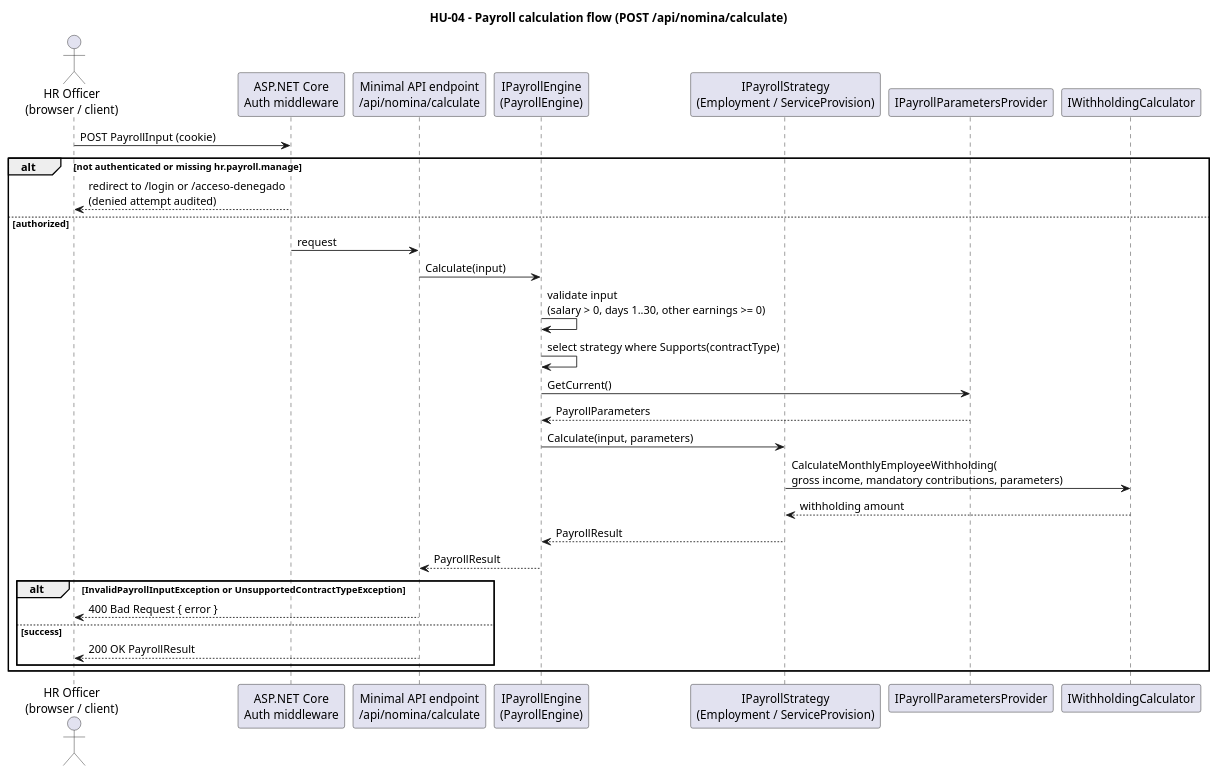
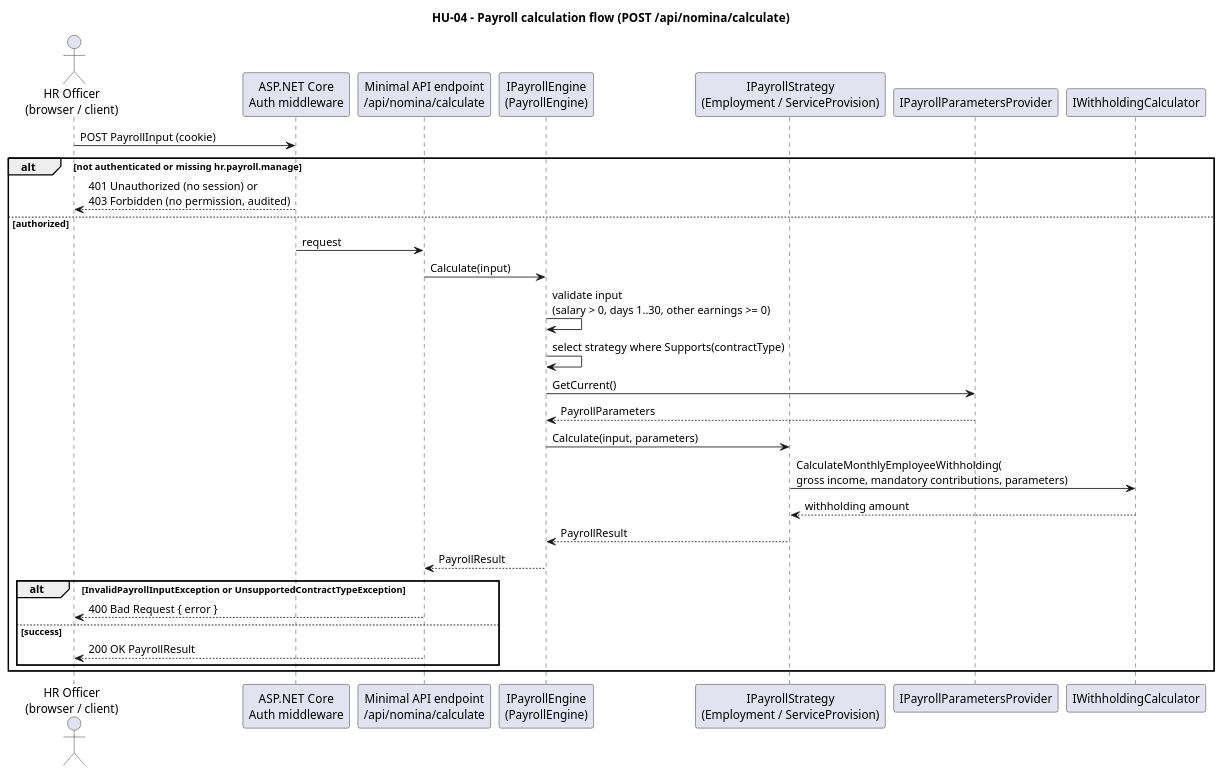
Before and after one commit to samucr27/tiendaflow-erp: the diagram in docs/uml/payroll_sequence.puml, drawn with PlantUML. The commit also changed 3 other files, not shown here.

```diff
--- a/docs/uml/payroll_sequence.puml
+++ b/docs/uml/payroll_sequence.puml
@@ -1,33 +1,33 @@
 @startuml payroll_sequence
 title HU-04 - Payroll calculation flow (POST /api/nomina/calculate)
 
 actor "HR Officer\n(browser / client)" as Client
 participant "ASP.NET Core\nAuth middleware" as Auth
 participant "Minimal API endpoint\n/api/nomina/calculate" as Endpoint
 participant "IPayrollEngine\n(PayrollEngine)" as Engine
 participant "IPayrollStrategy\n(Employment / ServiceProvision)" as Strategy
 participant "IPayrollParametersProvider" as Params
 participant "IWithholdingCalculator" as Withholding
 
 Client -> Auth : POST PayrollInput (cookie)
 alt not authenticated or missing hr.payroll.manage
-    Auth --> Client : redirect to /login or /acceso-denegado\n(denied attempt audited)
+    Auth --> Client : 401 Unauthorized (no session) or\n403 Forbidden (no permission, audited)
 else authorized
     Auth -> Endpoint : request
     Endpoint -> Engine : Calculate(input)
     Engine -> Engine : validate input\n(salary > 0, days 1..30, other earnings >= 0)
     Engine -> Engine : select strategy where Supports(contractType)
     Engine -> Params : GetCurrent()
     Params --> Engine : PayrollParameters
     Engine -> Strategy : Calculate(input, parameters)
     Strategy -> Withholding : CalculateMonthlyEmployeeWithholding(\ngross income, mandatory contributions, parameters)
     Withholding --> Strategy : withholding amount
     Strategy --> Engine : PayrollResult
     Engine --> Endpoint : PayrollResult
     alt InvalidPayrollInputException or UnsupportedContractTypeException
         Endpoint --> Client : 400 Bad Request { error }
     else success
         Endpoint --> Client : 200 OK PayrollResult
     end
 end
 @enduml
```
